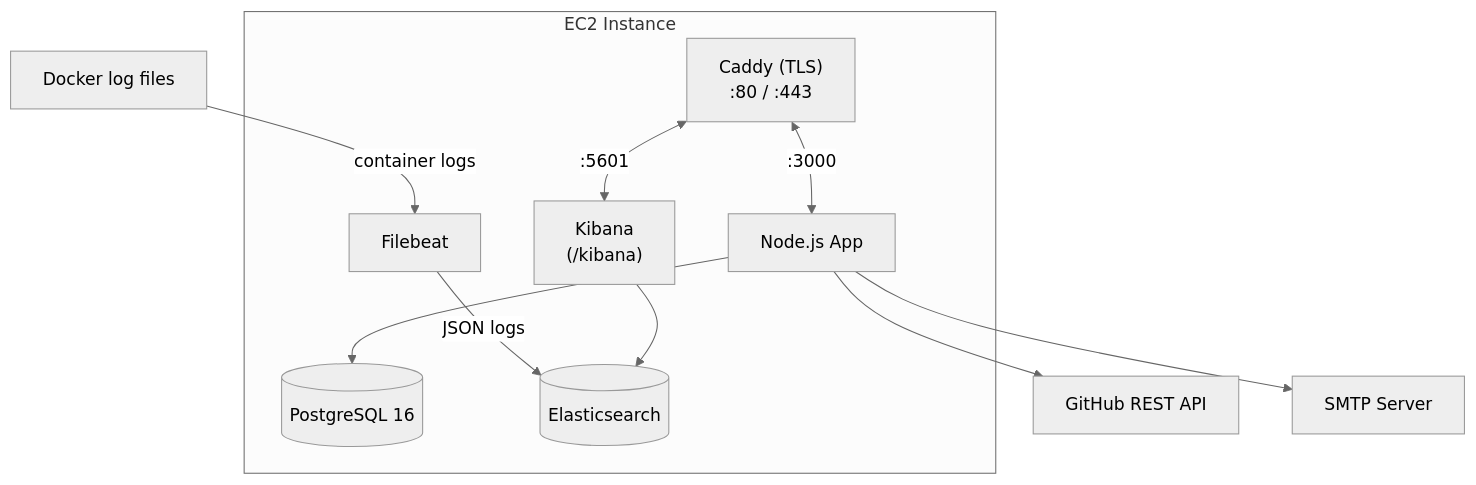
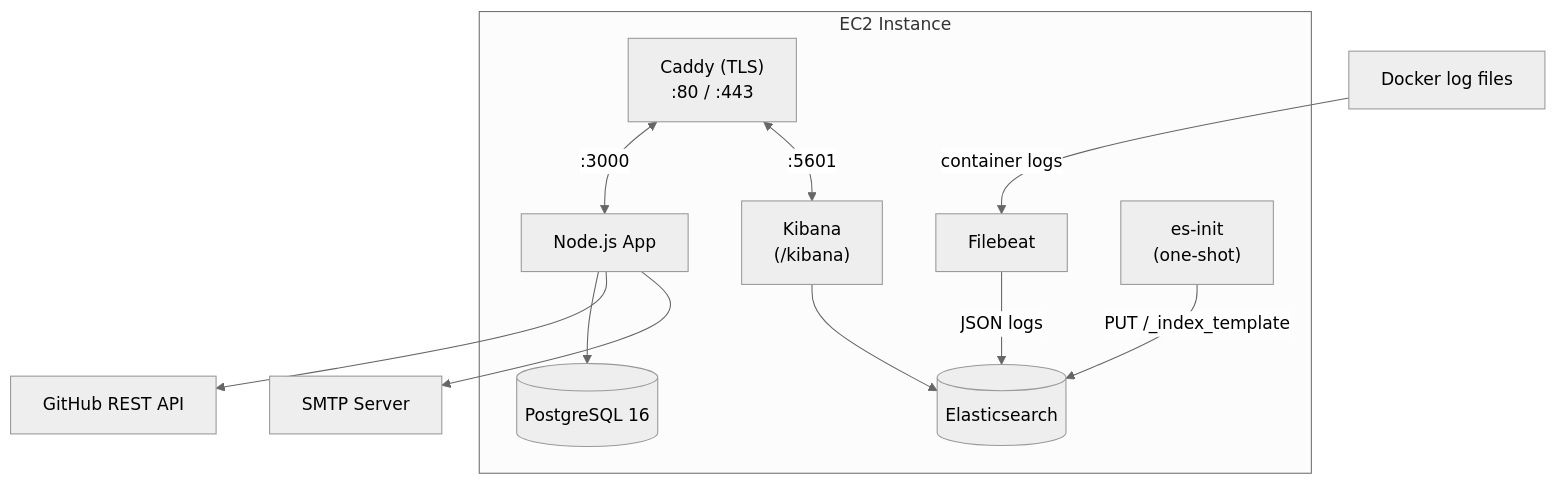
The second of 5 diagrams in docs/system-design.md (GenesisEducationKyiv/software-engineering-school-6-0-Hradivnyk), drawn with Mermaid (neutral theme) before and after one commit. The commit also changed other lines of this file and 6 other files, not shown here.

Commit message:
feat: add es-init service for Elasticsearch index template initialization and update Filebeat configuration with new fields

````diff
--- a/docs/system-design.md
+++ b/docs/system-design.md
@@ -135,22 +135,24 @@
 ```mermaid
 flowchart TB
     subgraph EC2["EC2 Instance"]
         Caddy["Caddy (TLS)\n:80 / :443"]
         App["Node.js App"]
         PG[("PostgreSQL 16")]
         Filebeat["Filebeat"]
         ES[("Elasticsearch")]
         Kibana["Kibana\n(/kibana)"]
+        ESInit["es-init\n(one-shot)"]
         Caddy <-->|":3000"| App
         Caddy <-->|":5601"| Kibana
         App --> PG
         Filebeat -->|"JSON logs"| ES
         Kibana --> ES
+        ESInit -->|"PUT /_index_template"| ES
     end
     GitHub["GitHub REST API"]
     SMTP["SMTP Server"]
     Docker["Docker log files"]
     App --> GitHub
     App --> SMTP
     Docker -->|"container logs"| Filebeat
 ```
````
